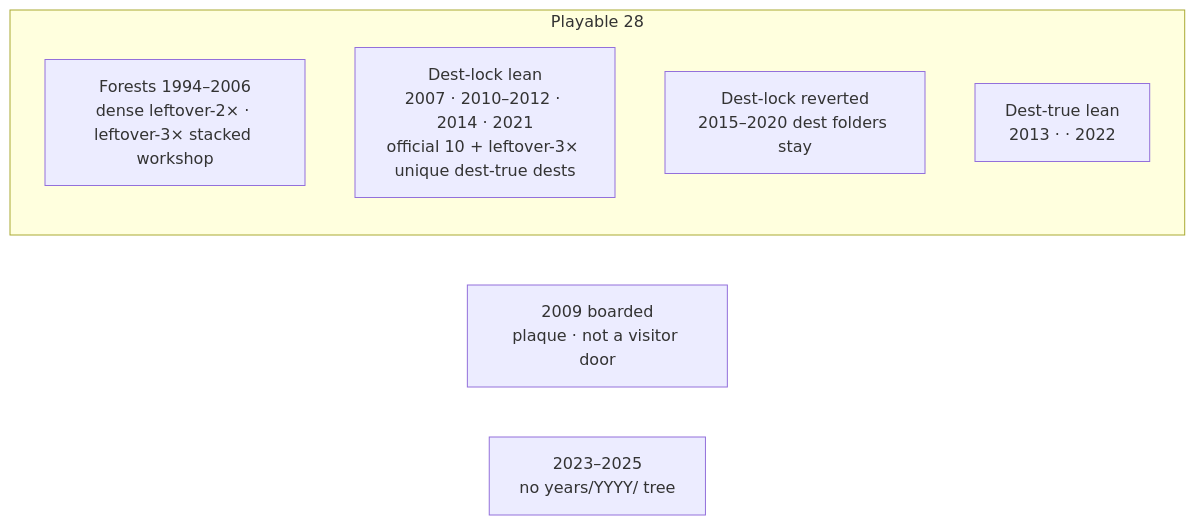
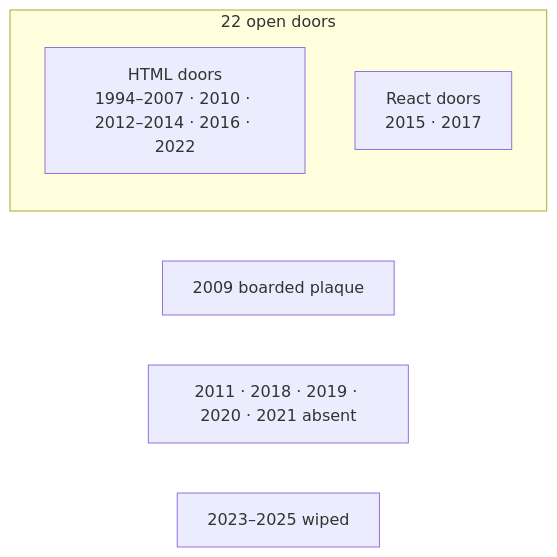
One commit to sourabhligade/internet-through-time changed the second of 5 diagrams in docs/FLOW-CHECK-DIAGRAM.md. Above: the diagram before and after it, drawn with Mermaid. The commit also changed other lines of this file and 108 other files, not shown here.

````diff
--- a/docs/FLOW-CHECK-DIAGRAM.md
+++ b/docs/FLOW-CHECK-DIAGRAM.md
@@ -52,11 +43,10 @@
 ```mermaid
 flowchart LR
-  subgraph PLAY["Playable 28"]
-    FOR["Forests 1994–2006<br/>dense leftover-2× · leftover-3× stacked workshop"]
-    LOCK["Dest-lock lean<br/>2007 · 2010–2012 · 2014 · 2021<br/>official 10 + leftover-3× unique dest-true dests"]
-    REV["Dest-lock reverted<br/>2015–2020 dest folders stay"]
-    LEAN["Dest-true lean<br/>2013 ·  · 2022"]
+  subgraph PLAY["22 open doors"]
+    HTML["HTML doors<br/>1994–2007 · 2010 · 2012–2014 · 2016 · 2022"]
+    REACT["React doors<br/>2015 · 2017"]
   end
-  BOARD["2009 boarded<br/>plaque · not a visitor door"]
-  WIPE["2023–2025<br/>no years/YYYY/ tree"]
+  BOARD["2009 boarded plaque"]
+  ABSENT["2011 · 2018 · 2019 · 2020 · 2021 absent"]
+  WIPE["2023–2025 wiped"]
 ```
````
